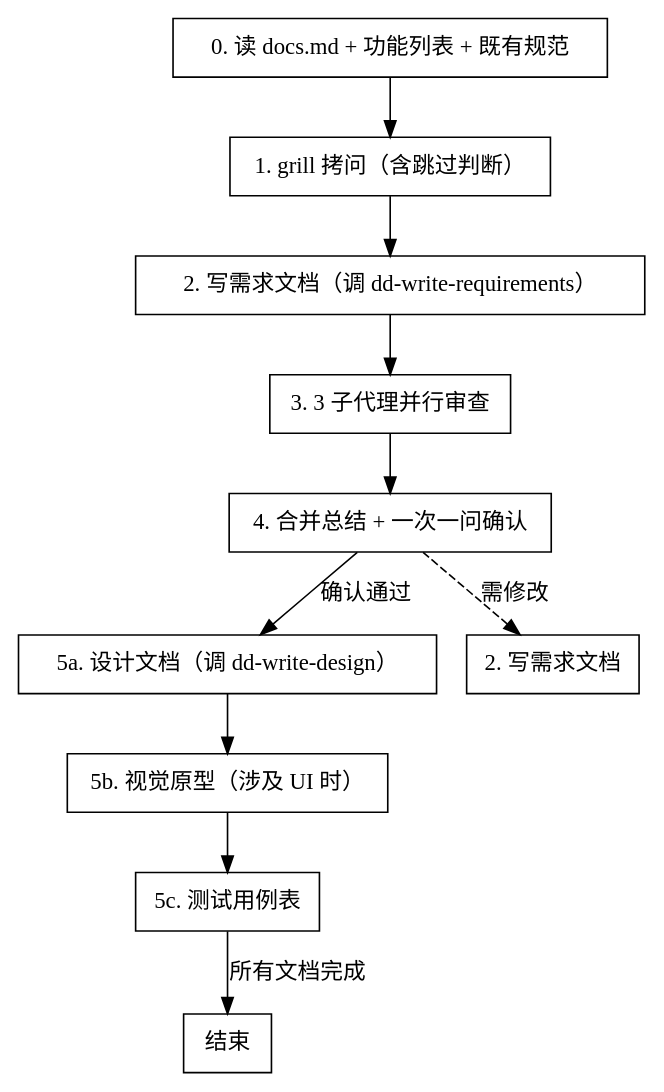
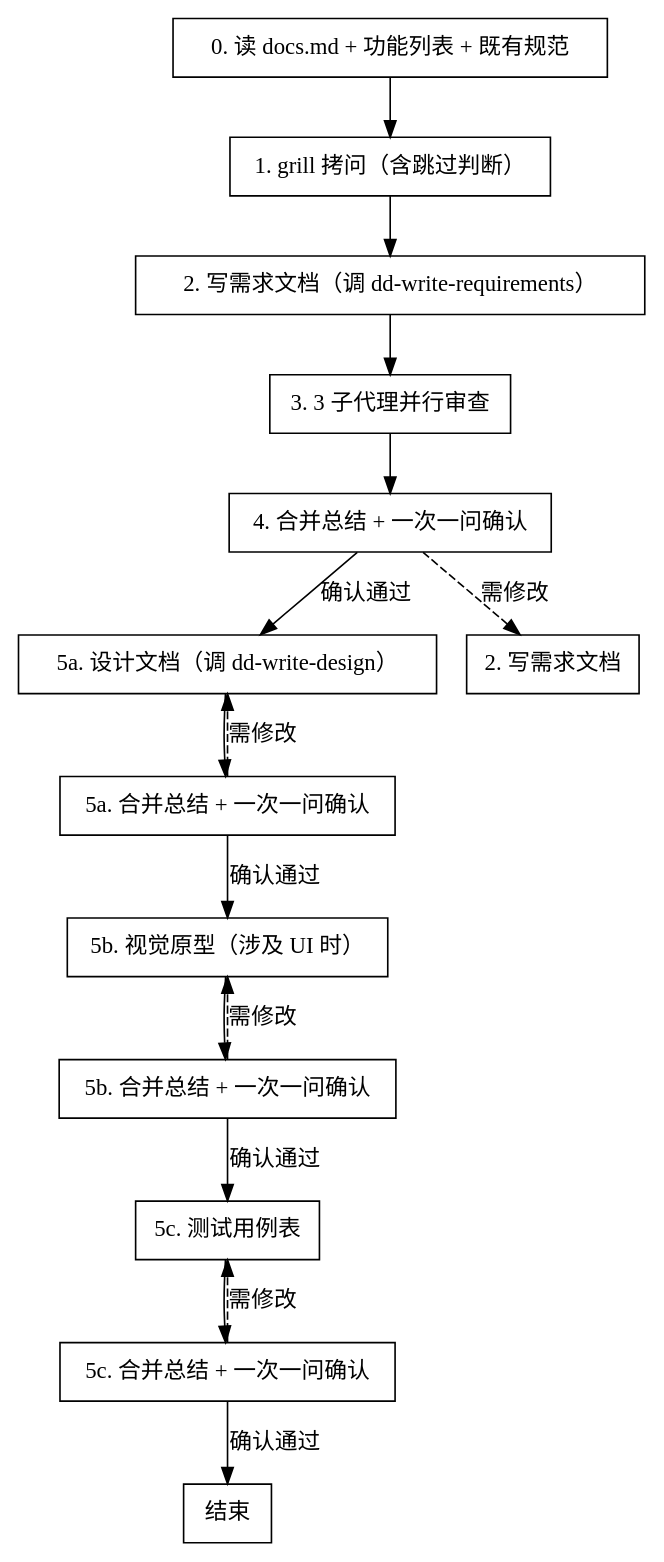
Before and after one commit to marcocpt/trae_skills: the diagram in dd-writing-specs/SKILL.md, drawn with Graphviz. The commit also changed other lines of this file, not shown here.

````diff
--- a/dd-writing-specs/SKILL.md
+++ b/dd-writing-specs/SKILL.md
@@ -31,15 +31,21 @@
 ```dot
 digraph writing_specs {
     rankdir=TB;
     node [shape=box];
     "0. 读 docs.md + 功能列表 + 既有规范" -> "1. grill 拷问（含跳过判断）";
     "1. grill 拷问（含跳过判断）" -> "2. 写需求文档（调 dd-write-requirements）";
     "2. 写需求文档（调 dd-write-requirements）" -> "3. 3 子代理并行审查";
     "3. 3 子代理并行审查" -> "4. 合并总结 + 一次一问确认";
     "4. 合并总结 + 一次一问确认" -> "5a. 设计文档（调 dd-write-design）" [label="确认通过"];
-    "5a. 设计文档（调 dd-write-design）" -> "5b. 视觉原型（涉及 UI 时）";
-    "5b. 视觉原型（涉及 UI 时）" -> "5c. 测试用例表";
-    "5c. 测试用例表" -> "结束" [label="所有文档完成"];
+    "5a. 设计文档（调 dd-write-design）" -> "5a. 合并总结 + 一次一问确认";
+    "5a. 合并总结 + 一次一问确认" -> "5b. 视觉原型（涉及 UI 时）" [label="确认通过"];
+    "5a. 合并总结 + 一次一问确认" -> "5a. 设计文档（调 dd-write-design）" [label="需修改", style=dashed];
+    "5b. 视觉原型（涉及 UI 时）" -> "5b. 合并总结 + 一次一问确认";
+    "5b. 合并总结 + 一次一问确认" -> "5c. 测试用例表" [label="确认通过"];
+    "5b. 合并总结 + 一次一问确认" -> "5b. 视觉原型（涉及 UI 时）" [label="需修改", style=dashed];
+    "5c. 测试用例表" -> "5c. 合并总结 + 一次一问确认";
+    "5c. 合并总结 + 一次一问确认" -> "结束" [label="确认通过"];
+    "5c. 合并总结 + 一次一问确认" -> "5c. 测试用例表" [label="需修改", style=dashed];
     "4. 合并总结 + 一次一问确认" -> "2. 写需求文档" [label="需修改", style=dashed];
 }
 ```
````
